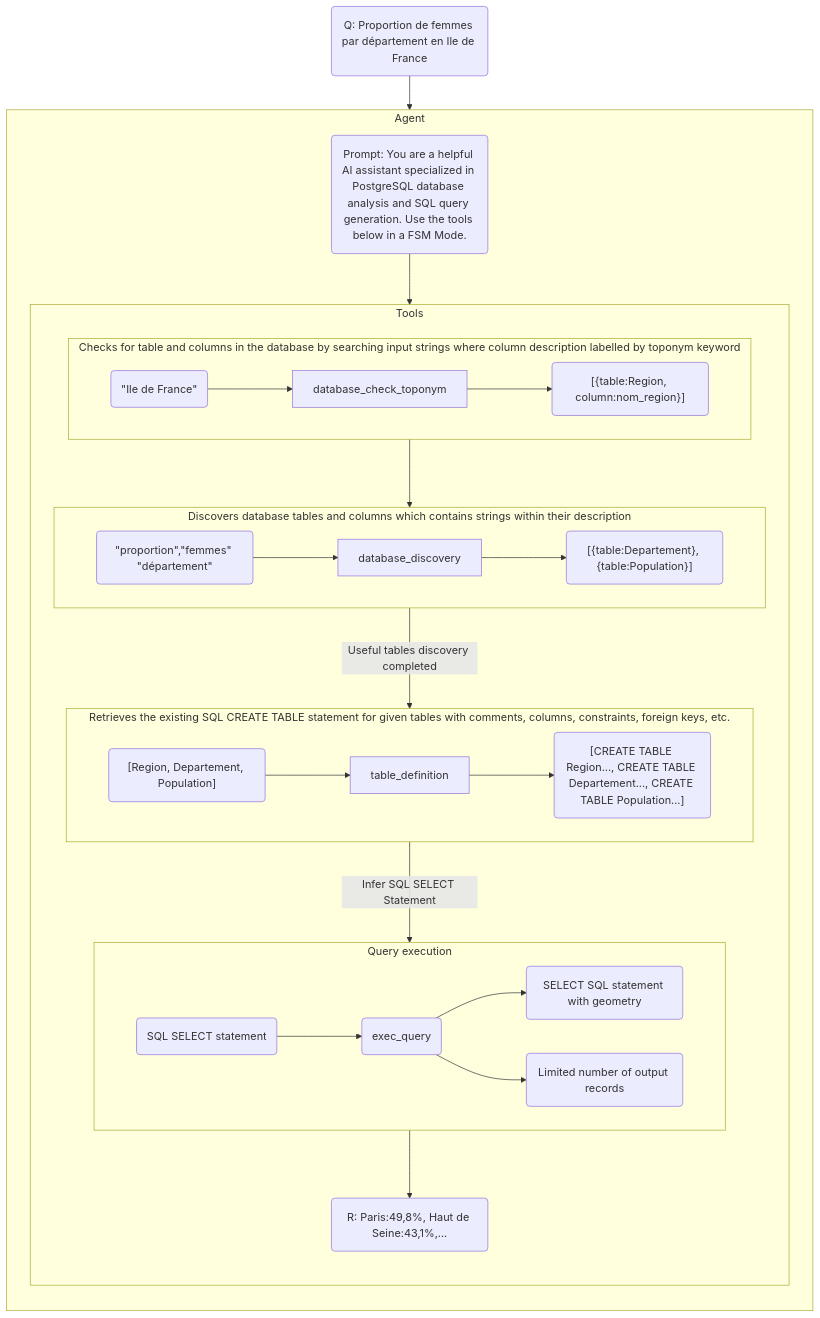
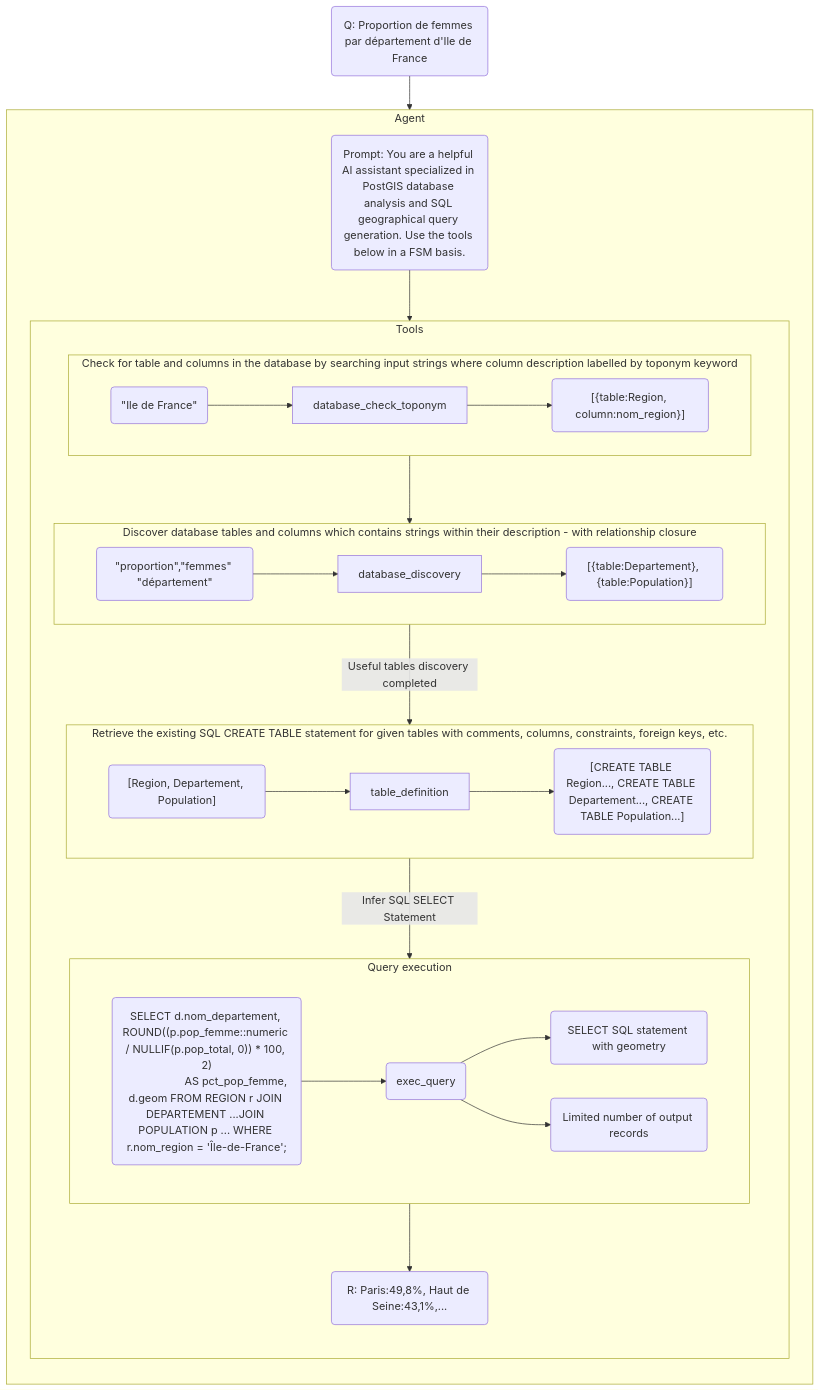
The second of 2 diagrams in docs/FSM-discovery-agent.md (pixime-net/talk-backend), drawn with Mermaid before and after one commit. The commit also changed other lines of this file, not shown here.

Commit message:
fix: correct terminology and improve clarity in FSM discovery agent documentation

````diff
--- a/docs/FSM-discovery-agent.md
+++ b/docs/FSM-discovery-agent.md
@@ -2,38 +39,39 @@
 ```mermaid
 flowchart TD
     direction TD
-    Q(Q: Proportion de femmes par département en Ile de France) --> Agent
+    Q(Q: Proportion de femmes par département d'Ile de France) --> Agent
     subgraph Agent[Agent]
         direction TD
-        P(Prompt: You are a helpful AI assistant specialized in PostgreSQL database analysis and SQL query generation. Use the tools below in a FSM Mode.)   
+        P(Prompt: You are a helpful AI assistant specialized in PostGIS database analysis and SQL geographical query generation. Use the tools below in a FSM basis.)   
         subgraph tool[Tools]
             direction TD
-            subgraph SG[Checks for table and columns in the database by searching input strings where column description labelled by toponym keyword]
+            subgraph SG[Check for table and columns in the database by searching input strings where column description labelled by toponym keyword]
                 direction LR
                 AI(&quot;Ile de France&quot;) --> A
                 A[database_check_toponym] --> AO(&#91&#123table:Region, column:nom_region&#125&#93)
             end
-            subgraph SG1[Discovers database tables and columns which contains strings within their description]
+            subgraph SG1[Discover database tables and columns which contains strings within their description - with relationship closure]
                 direction LR
                 BI(&quot;proportion&quot;,&quot;femmes&quot; &quot;département&quot;) --> B
                 B[database_discovery] --> BO(&#91&#123table:Departement&#125, &#123table:Population&#125&#93)
             end
-            subgraph SG2[Retrieves the existing SQL CREATE TABLE statement for  given tables with comments, columns, constraints, foreign keys, etc.]
+            subgraph SG2[Retrieve the existing SQL CREATE TABLE statement for given tables with comments, columns, constraints, foreign keys, etc.]
                 direction LR
                 CI(&#91Region, Departement, Population&#93) --> C[table_definition]
                 C --> CO(&#91CREATE TABLE Region..., CREATE TABLE Departement..., CREATE TABLE Population...&#93)
             end
             subgraph SG3[Query execution]
                 direction LR
-                DI(SQL SELECT statement) --> D
+                DI(SELECT d.nom_departement, ROUND#40;#40;p.pop_femme::numeric / NULLIF#40;p.pop_total, 0#41;#41; * 100, 2#41;
+                    AS pct_pop_femme, d.geom FROM REGION r JOIN DEPARTEMENT ...JOIN POPULATION p ... WHERE r.nom_region = 'Île-de-France'; ) --> D
                 D(exec_query) --> DO1(SELECT SQL statement with geometry)
                  D(exec_query) --> DO2(Limited number of output records)
             end
         SG --> SG1
         SG1 --> | Useful tables discovery completed | SG2
         SG2 --> | Infer SQL SELECT Statement | SG3
         DO2 --> R(R: Paris:49,8%, Haut de Seine:43,1%,...)
         end
         P --> SG
     end
 ```
````
